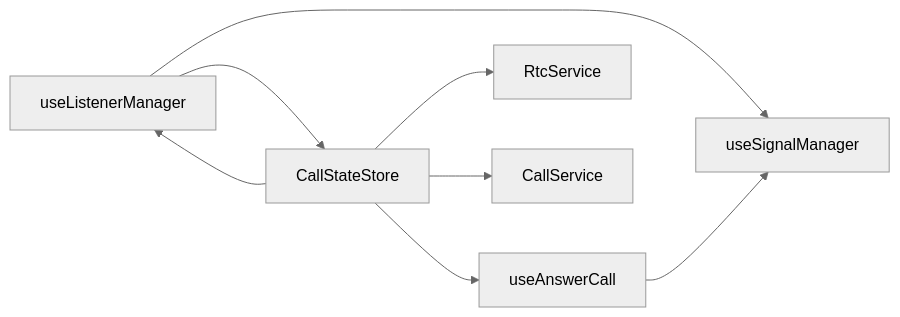
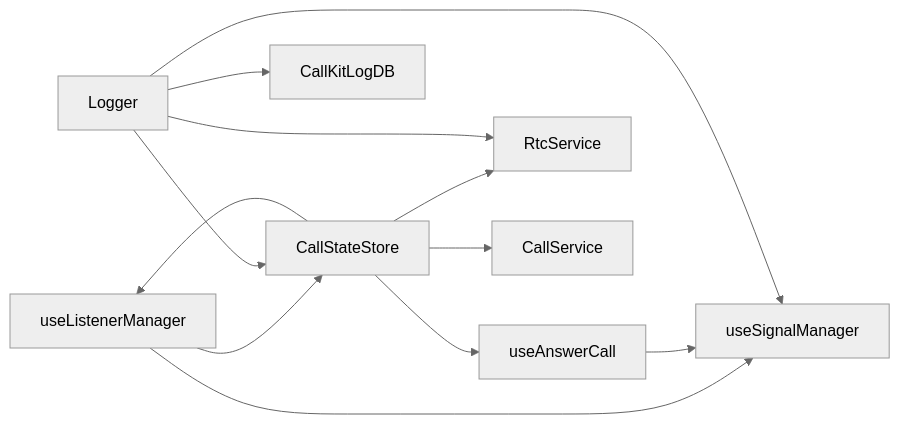
Before and after one commit to Easemob-Community/easemob-uikit-callkit-vue3: the seventh of 7 diagrams in .qoder/repowiki/zh/content/高级功能/高级功能.md, drawn with Mermaid (neutral theme). The commit also changed other lines of this file and 58 other files, not shown here.

````diff
--- a/.qoder/repowiki/zh/content/高级功能/高级功能.md
+++ b/.qoder/repowiki/zh/content/高级功能/高级功能.md
@@ -319,10 +430,14 @@
 ```mermaid
 graph LR
 LM["useListenerManager"] --> CS["CallStateStore"]
 LM --> SM["useSignalManager"]
 AC["useAnswerCall"] --> SM
 CS --> LM
 CS --> AC
 CS --> RS["RtcService"]
 CS --> CL["CallService"]
+LG["Logger"] --> LDB["CallKitLogDB"]
+LG --> CS
+LG --> SM
+LG --> RS
 ```
````
